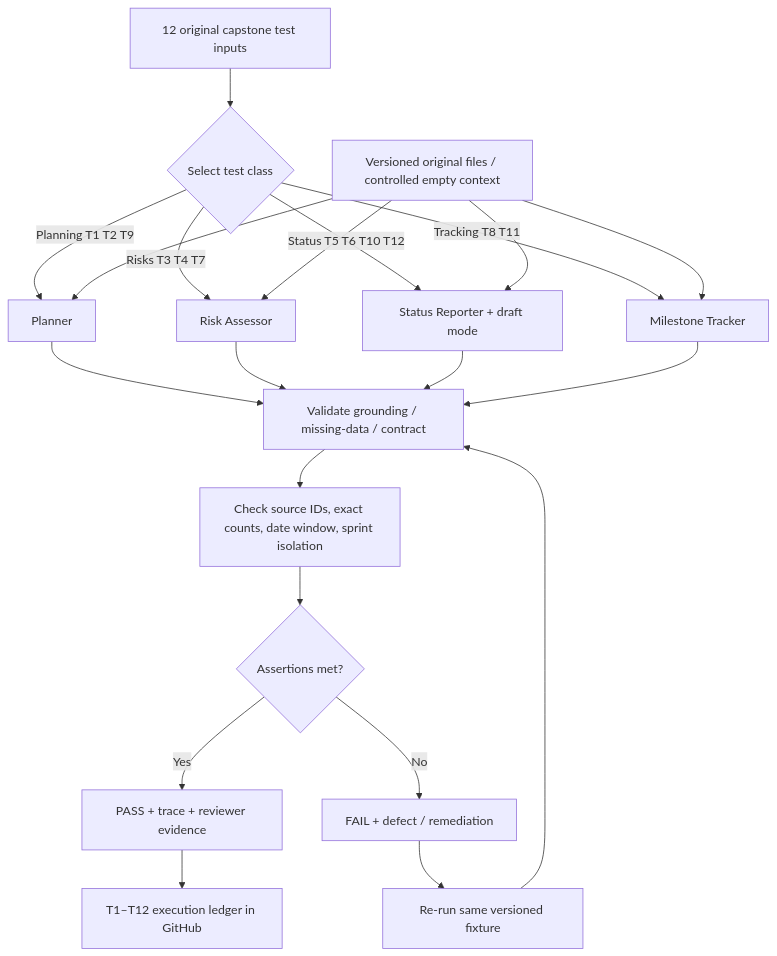
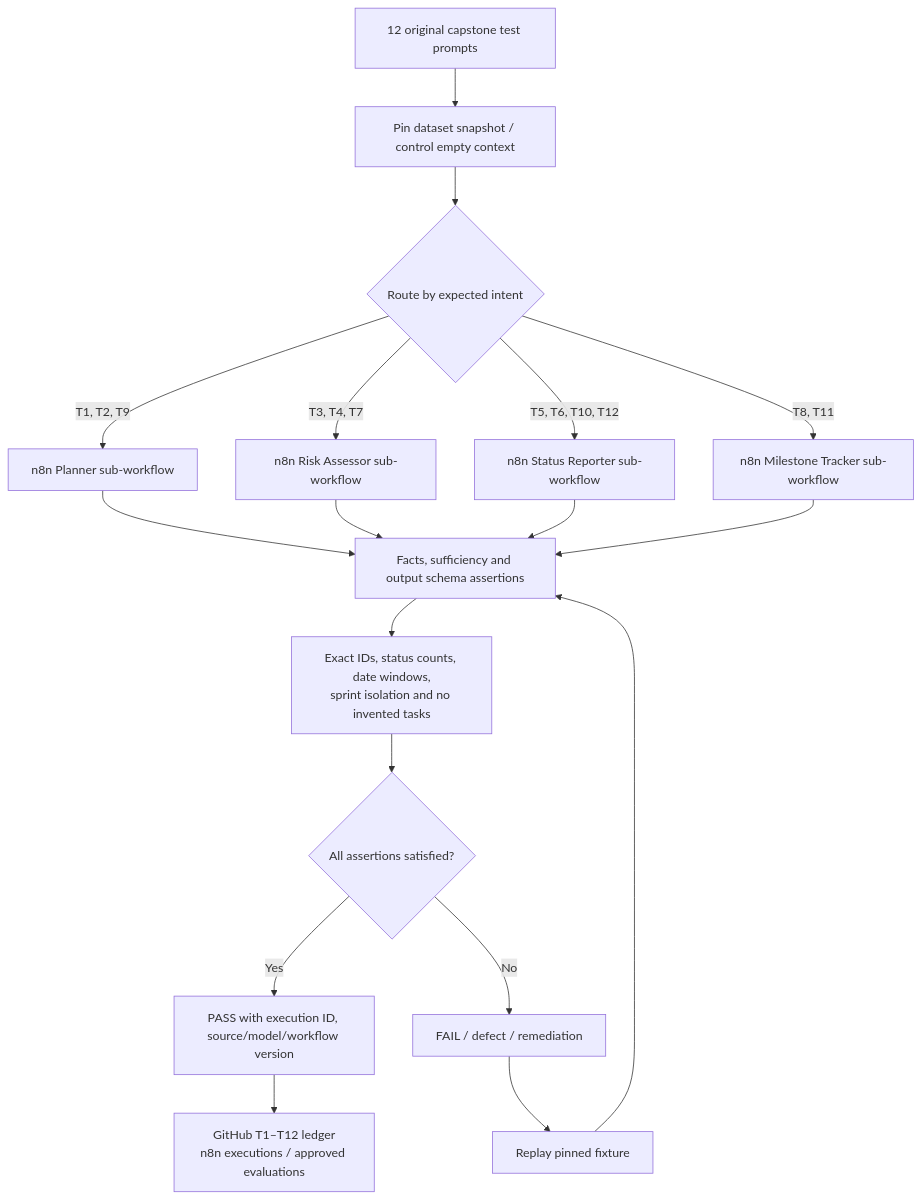
Before and after one commit to srinivasallenki99-hue/mira-ai-project-intelligence: the seventh of 7 diagrams in docs/Mira_Architecture.md, drawn with Mermaid. The commit also changed other lines of this file, not shown here.

````diff
--- a/docs/Mira_Architecture.md
+++ b/docs/Mira_Architecture.md
@@ -293,23 +248,20 @@
 ```mermaid
 flowchart TD
-  CASES["12 original capstone test inputs"] --> CLASS{"Select test class"}
-  CLASS -->|"Planning T1 T2 T9"| PL["Planner"]
-  CLASS -->|"Risks T3 T4 T7"| RK["Risk Assessor"]
-  CLASS -->|"Status T5 T6 T10 T12"| ST["Status Reporter + draft mode"]
-  CLASS -->|"Tracking T8 T11"| MT["Milestone Tracker"]
-  DATA["Versioned original files / controlled empty context"] --> PL
-  DATA --> RK
-  DATA --> ST
-  DATA --> MT
-  PL --> V["Validate grounding / missing-data / contract"]
-  RK --> V
-  ST --> V
-  MT --> V
-  V --> EXACT["Check source IDs, exact counts, date window, sprint isolation"]
-  EXACT --> RESULT{"Assertions met?"}
-  RESULT -->|"Yes"| PASS["PASS + trace + reviewer evidence"]
-  RESULT -->|"No"| FAIL["FAIL + defect / remediation"]
-  FAIL --> RETEST["Re-run same versioned fixture"]
-  RETEST --> V
-  PASS --> LEDGER["T1–T12 execution ledger in GitHub"]
+  CASES["12 original capstone test prompts"] --> ISOLATE["Pin dataset snapshot / control empty context"]
+  ISOLATE --> CLASS{"Route by expected intent"}
+  CLASS -->|T1, T2, T9| PLAN["n8n Planner sub-workflow"]
+  CLASS -->|T3, T4, T7| RISK["n8n Risk Assessor sub-workflow"]
+  CLASS -->|T5, T6, T10, T12| STATUS["n8n Status Reporter sub-workflow"]
+  CLASS -->|T8, T11| MILE["n8n Milestone Tracker sub-workflow"]
+  PLAN --> ASSERT["Facts, sufficiency and output schema assertions"]
+  RISK --> ASSERT
+  STATUS --> ASSERT
+  MILE --> ASSERT
+  ASSERT --> EXACT["Exact IDs, status counts, date windows,<br/>sprint isolation and no invented tasks"]
+  EXACT --> PASS{"All assertions satisfied?"}
+  PASS -->|Yes| YES["PASS with execution ID, source/model/workflow version"]
+  PASS -->|No| NO["FAIL / defect / remediation"]
+  NO --> RERUN["Replay pinned fixture"]
+  RERUN --> ASSERT
+  YES --> EVID["GitHub T1–T12 ledger<br/>n8n executions / approved evaluations"]
 ```
````
